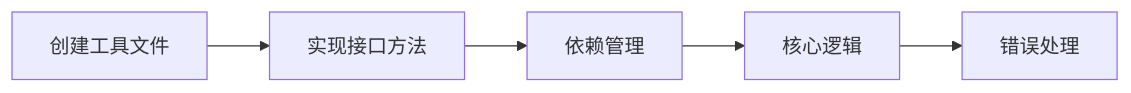
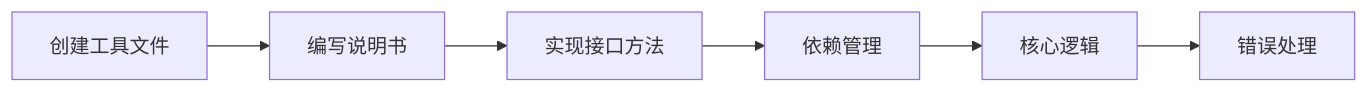
One commit to yuyuan-cs/PromptX changed the second of 4 diagrams in resource/role/luban/execution/tool-development-workflow.execution.md. Above: the diagram before and after it, drawn with Mermaid. The commit also changed other lines of this file and 2 other files, not shown here.

````diff
--- a/resource/role/luban/execution/tool-development-workflow.execution.md
+++ b/resource/role/luban/execution/tool-development-workflow.execution.md
@@ -91,7 +133,8 @@
 ```mermaid
 flowchart LR
-    A[创建工具文件] --> B[实现接口方法]
-    B --> C[依赖管理]
-    C --> D[核心逻辑]
-    D --> E[错误处理]
+    A[创建工具文件] --> B[编写说明书]
+    B --> C[实现接口方法]
+    C --> D[依赖管理]
+    D --> E[核心逻辑]
+    E --> F[错误处理]
 ```
````
